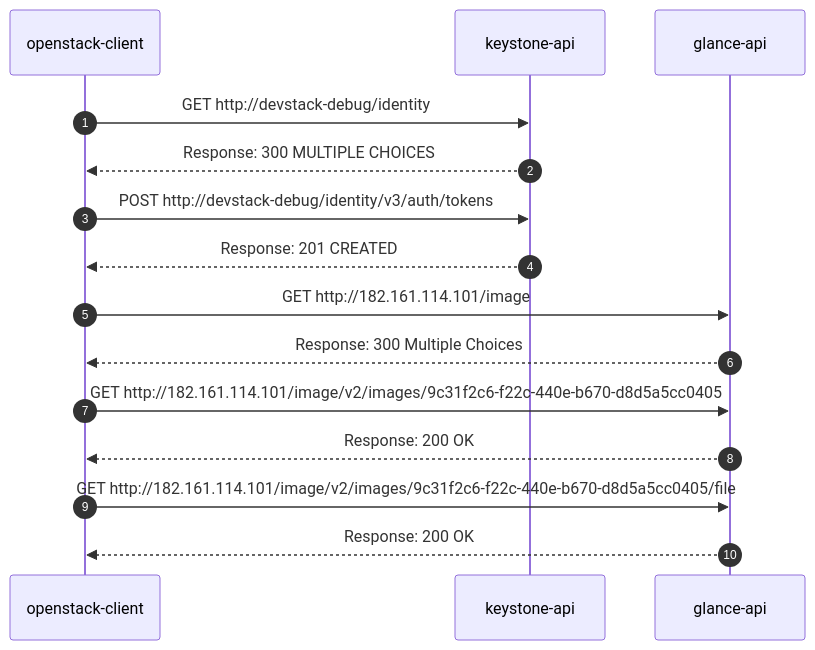
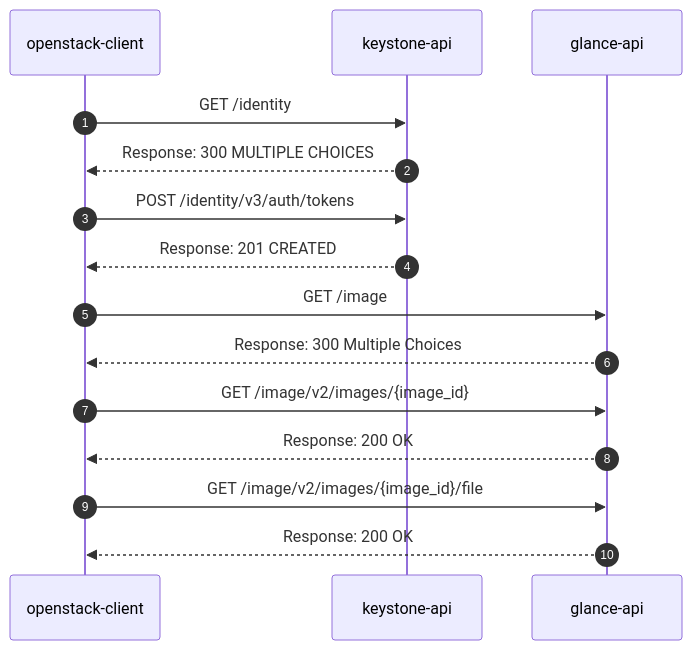
The diagram in docs/openstack/sequence/image/save.md (jade-kinx/jade-kinx.github.io), drawn with Mermaid before and after one commit. The commit also changed other lines of this file and 8 other files, not shown here.

````diff
--- a/docs/openstack/sequence/image/save.md
+++ b/docs/openstack/sequence/image/save.md
@@ -40,17 +40,17 @@
 ``` mermaid
 sequenceDiagram
   autonumber
   participant client as openstack-client
   participant keystone as keystone-api
   participant glance as glance-api
-  client->>keystone: GET http://devstack-debug/identity
+  client->>keystone: GET /identity
   keystone-->>client: Response: 300 MULTIPLE CHOICES
-  client->>keystone: POST http://devstack-debug/identity/v3/auth/tokens
+  client->>keystone: POST /identity/v3/auth/tokens
   keystone-->>client: Response: 201 CREATED
-  client->>glance: GET http://182.161.114.101/image
+  client->>glance: GET /image
   glance-->>client: Response: 300 Multiple Choices
-  client->>glance: GET http://182.161.114.101/image/v2/images/9c31f2c6-f22c-440e-b670-d8d5a5cc0405
+  client->>glance: GET /image/v2/images/{image_id}
   glance-->>client: Response: 200 OK
-  client->>glance: GET http://182.161.114.101/image/v2/images/9c31f2c6-f22c-440e-b670-d8d5a5cc0405/file
+  client->>glance: GET /image/v2/images/{image_id}/file
   glance-->>client: Response: 200 OK
 ```
````
